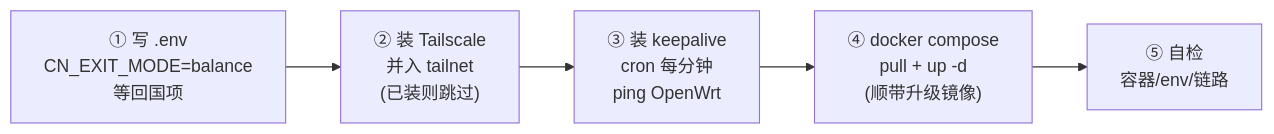
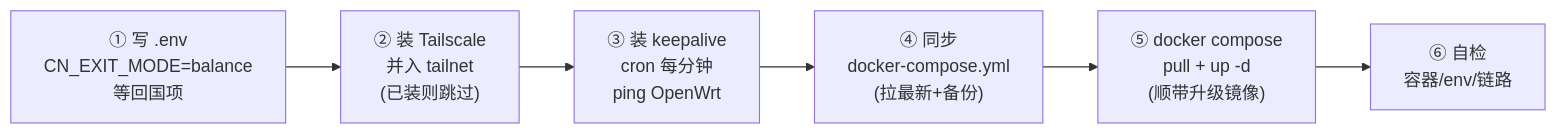
The first of 2 diagrams in sources/vps/README.md (currycan/sb-xray), drawn with Mermaid before and after one commit. The commit also changed other lines of this file and 1 other file, not shown here.

First line of the commit message:
feat(vps-init): 同步 docker-compose.yml 为最新版，修复旧部署回国 env 不生效

````diff
--- a/sources/vps/README.md
+++ b/sources/vps/README.md
@@ -7,4 +7,4 @@
 ```mermaid
 flowchart LR
-    A["① 写 .env<br/>CN_EXIT_MODE=balance<br/>等回国项"] --> B["② 装 Tailscale<br/>并入 tailnet<br/>(已装则跳过)"] --> C["③ 装 keepalive<br/>cron 每分钟<br/>ping OpenWrt"] --> D["④ docker compose<br/>pull + up -d<br/>(顺带升级镜像)"] --> E["⑤ 自检<br/>容器/env/链路"]
+    A["① 写 .env<br/>CN_EXIT_MODE=balance<br/>等回国项"] --> B["② 装 Tailscale<br/>并入 tailnet<br/>(已装则跳过)"] --> C["③ 装 keepalive<br/>cron 每分钟<br/>ping OpenWrt"] --> D["④ 同步<br/>docker-compose.yml<br/>(拉最新+备份)"] --> E["⑤ docker compose<br/>pull + up -d<br/>(顺带升级镜像)"] --> F["⑥ 自检<br/>容器/env/链路"]
 ```
````
